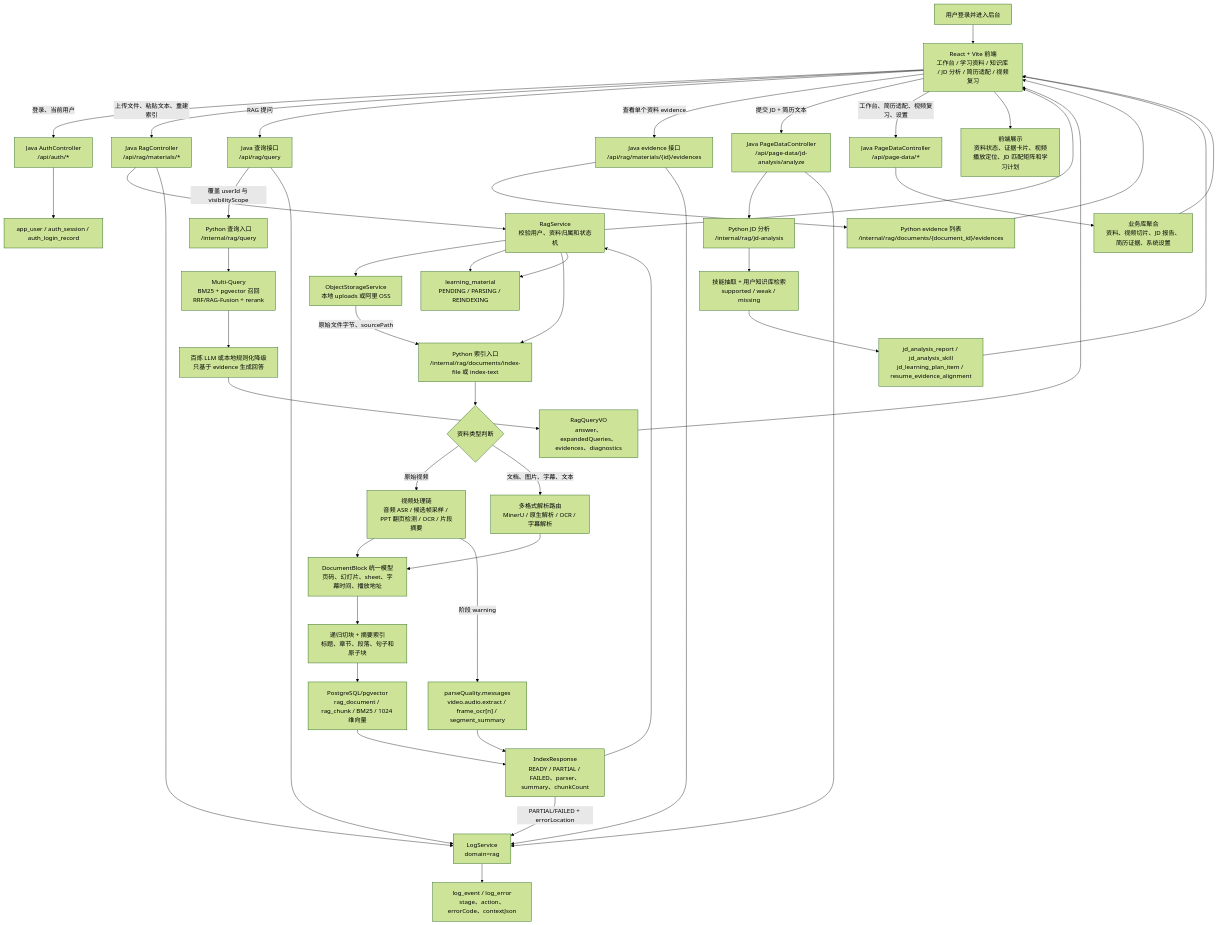
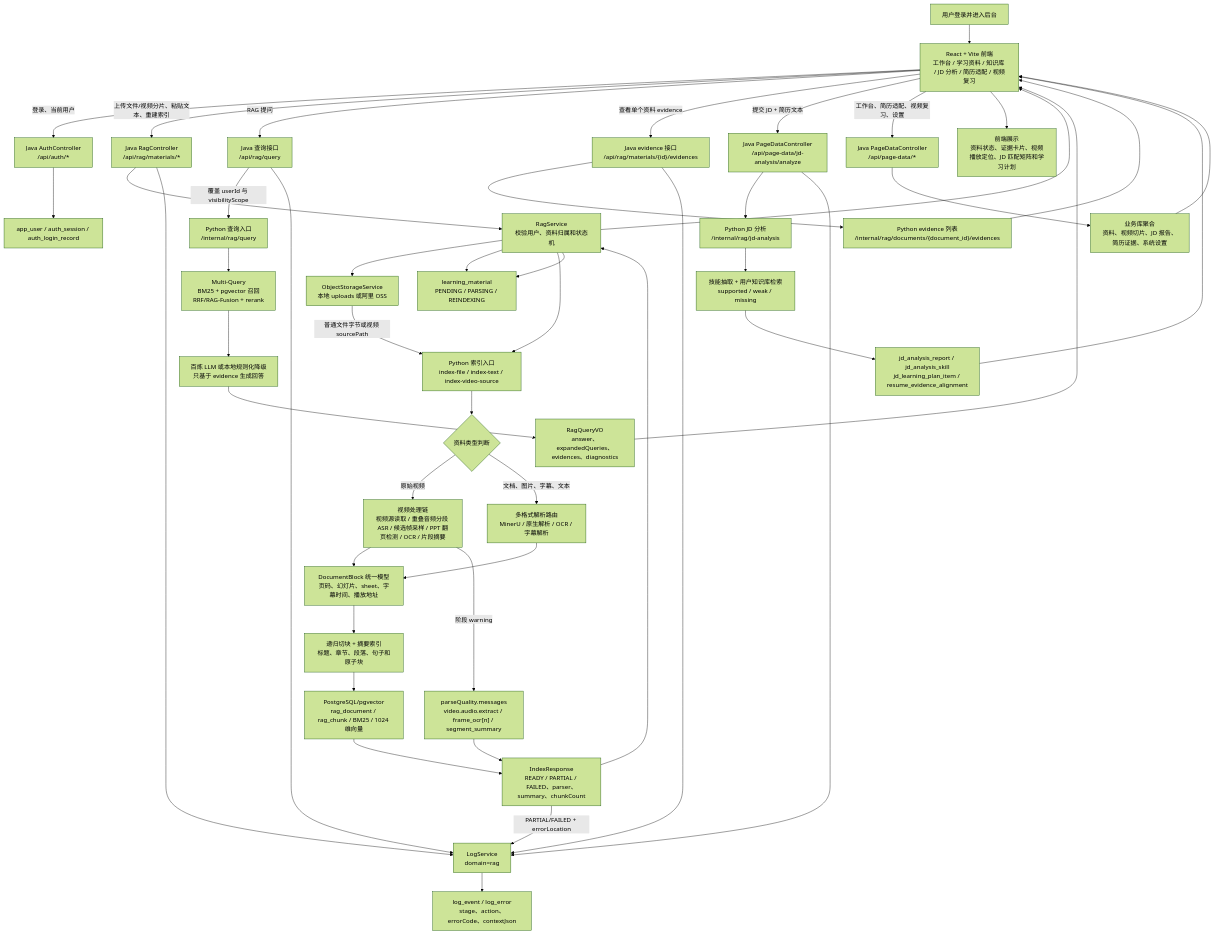
The third of 6 diagrams in README.md (HeWhenJay/Multimodal-RAG-Agent-Learning-Evidence-Platform), drawn with Mermaid (forest theme) before and after one commit. The commit also changed other lines of this file and 106 other files, not shown here.

````diff
--- a/README.md
+++ b/README.md
@@ -137,57 +149,57 @@
 ```mermaid
 flowchart TD
     U["用户登录并进入后台"] --> FE["React + Vite 前端<br/>工作台 / 学习资料 / 知识库 / JD 分析 / 简历适配 / 视频复习"]
 
     FE -->|"登录、当前用户"| AUTH["Java AuthController<br/>/api/auth/*"]
     AUTH --> AUTHDB["app_user / auth_session / auth_login_record"]
 
-    FE -->|"上传文件、粘贴文本、重建索引"| RAGAPI["Java RagController<br/>/api/rag/materials/*"]
+    FE -->|"上传文件/视频分片、粘贴文本、重建索引"| RAGAPI["Java RagController<br/>/api/rag/materials/*"]
     RAGAPI --> RAGSVC["RagService<br/>校验用户、资料归属和状态机"]
     RAGSVC --> STORE["ObjectStorageService<br/>本地 uploads 或阿里 OSS"]
     RAGSVC --> LMDB["learning_material<br/>PENDING / PARSING / REINDEXING"]
-    RAGSVC --> PYIDX["Python 索引入口<br/>/internal/rag/documents/index-file 或 index-text"]
-    STORE -->|"原始文件字节、sourcePath"| PYIDX
+    RAGSVC --> PYIDX["Python 索引入口<br/>index-file / index-text / index-video-source"]
+    STORE -->|"普通文件字节或视频 sourcePath"| PYIDX
     PYIDX --> TYPE{"资料类型判断"}
-    TYPE -->|"原始视频"| VIDEOFLOW["视频处理链<br/>音频 ASR / 候选帧采样 / PPT 翻页检测 / OCR / 片段摘要"]
+    TYPE -->|"原始视频"| VIDEOFLOW["视频处理链<br/>视频源读取 / 重叠音频分段 ASR / 候选帧采样 / PPT 翻页检测 / OCR / 片段摘要"]
     TYPE -->|"文档、图片、字幕、文本"| PARSE["多格式解析路由<br/>MinerU / 原生解析 / OCR / 字幕解析"]
     PARSE --> BLOCK["DocumentBlock 统一模型<br/>页码、幻灯片、sheet、字幕时间、播放地址"]
     VIDEOFLOW --> BLOCK
     VIDEOFLOW -->|"阶段 warning"| VMSG["parseQuality.messages<br/>video.audio.extract / frame_ocr[n] / segment_summary"]
     BLOCK --> CHUNK["递归切块 + 摘要索引<br/>标题、章节、段落、句子和原子块"]
     CHUNK --> RAGDB["PostgreSQL/pgvector<br/>rag_document / rag_chunk / BM25 / 1024 维向量"]
     RAGDB --> IDXRES["IndexResponse<br/>READY / PARTIAL / FAILED、parser、summary、chunkCount"]
     VMSG --> IDXRES
     IDXRES --> RAGSVC
     RAGSVC --> LMDB
     RAGSVC --> FE
 
     FE -->|"RAG 提问"| QUERYAPI["Java 查询接口<br/>/api/rag/query"]
     QUERYAPI -->|"覆盖 userId 与 visibilityScope"| PYQ["Python 查询入口<br/>/internal/rag/query"]
     PYQ --> RET["Multi-Query<br/>BM25 + pgvector 召回<br/>RRF/RAG-Fusion + rerank"]
     RET --> ANS["百炼 LLM 或本地规则化降级<br/>只基于 evidence 生成回答"]
     ANS --> QRES["RagQueryVO<br/>answer、expandedQueries、evidences、diagnostics"]
     QRES --> FE
 
     FE -->|"查看单个资料 evidence"| EVAPI["Java evidence 接口<br/>/api/rag/materials/{id}/evidences"]
     EVAPI --> PYE["Python evidence 列表<br/>/internal/rag/documents/{document_id}/evidences"]
     PYE --> FE
 
     FE -->|"提交 JD + 简历文本"| JDAPI["Java PageDataController<br/>/api/page-data/jd-analysis/analyze"]
     JDAPI --> PYJD["Python JD 分析<br/>/internal/rag/jd-analysis"]
     PYJD --> JDR["技能抽取 + 用户知识库检索<br/>supported / weak / missing"]
     JDR --> JDTABLE["jd_analysis_report / jd_analysis_skill<br/>jd_learning_plan_item / resume_evidence_alignment"]
     JDTABLE --> FE
 
     FE -->|"工作台、简历适配、视频复习、设置"| PAGEAPI["Java PageDataController<br/>/api/page-data/*"]
     PAGEAPI --> APPDB["业务库聚合<br/>资料、视频切片、JD 报告、简历证据、系统设置"]
     APPDB --> FE
 
     RAGAPI --> LOG["LogService<br/>domain=rag"]
     QUERYAPI --> LOG
     EVAPI --> LOG
     JDAPI --> LOG
     IDXRES -->|"PARTIAL/FAILED + errorLocation"| LOG
     LOG --> LOGDB["log_event / log_error<br/>stage、action、errorCode、contextJson"]
 
     FE --> UI["前端展示<br/>资料状态、证据卡片、视频播放定位、JD 匹配矩阵和学习计划"]
 ```
````
